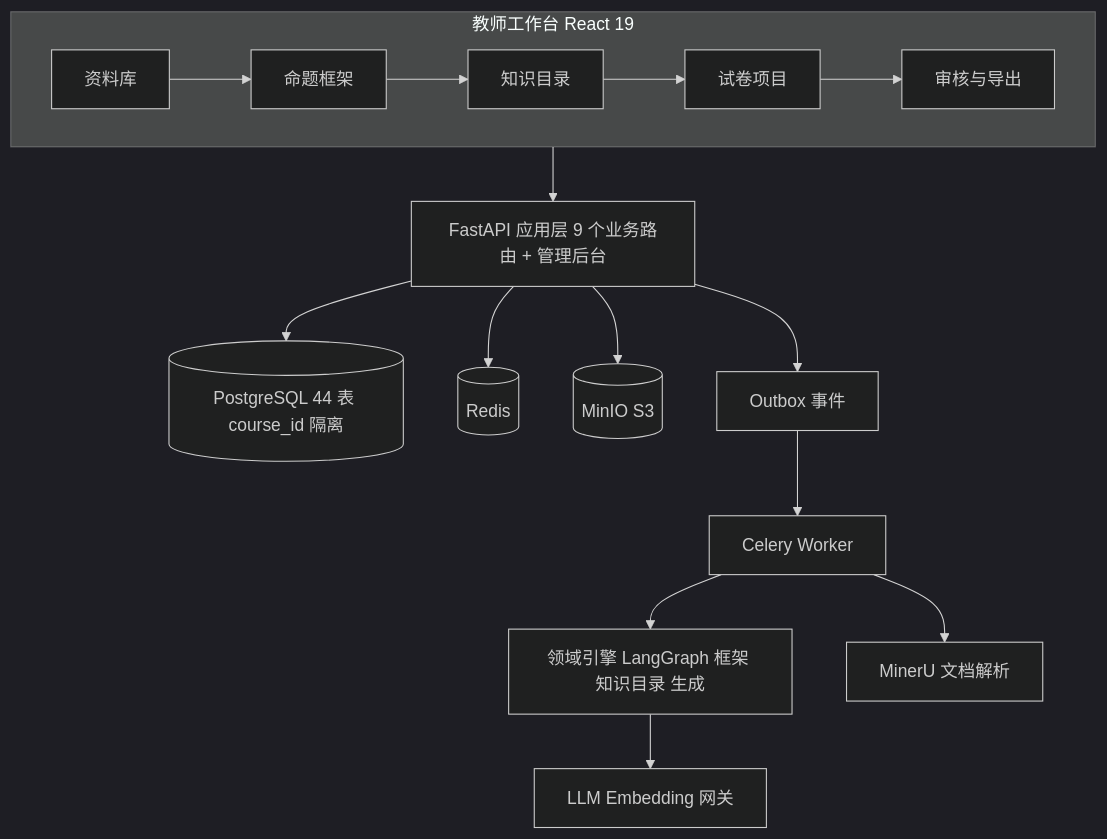
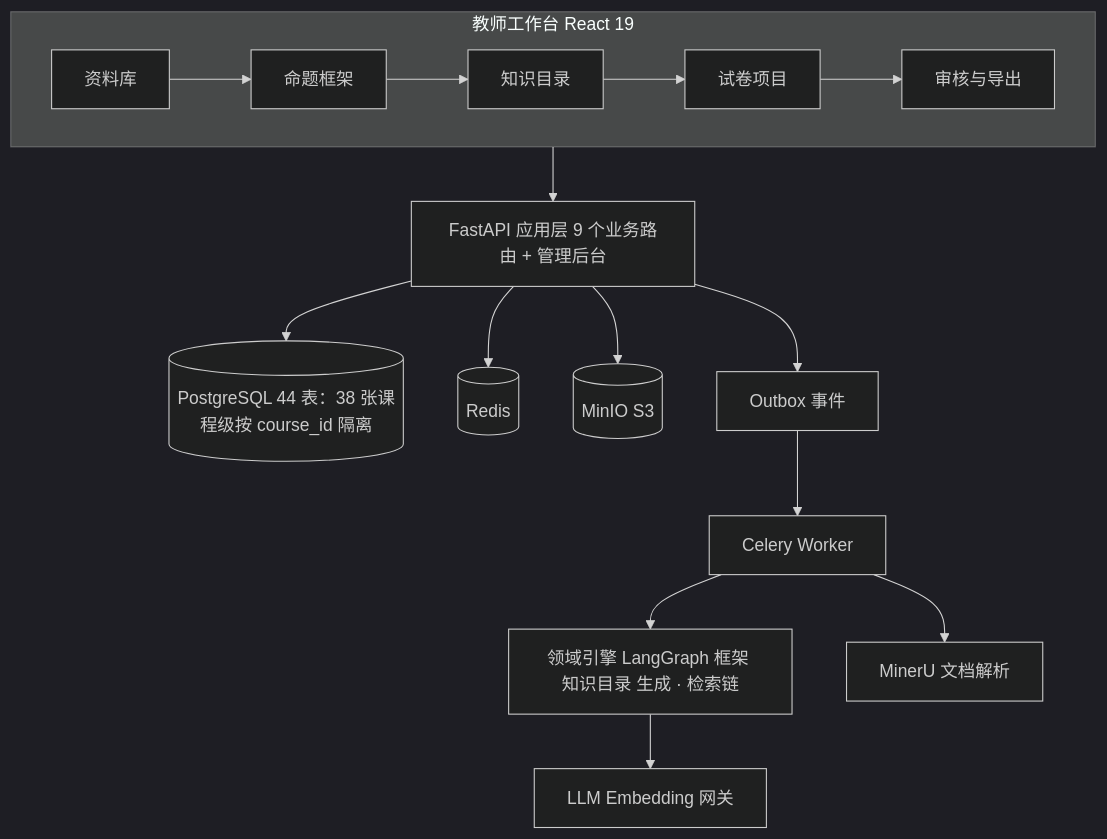
One commit to 875931932/Intelligent_test_paper changed the diagram in README.md. Above: the diagram before and after it, drawn with Mermaid (dark theme). The commit also changed other lines of this file and 28 other files, not shown here.

````diff
--- a/README.md
+++ b/README.md
@@ -97,18 +98,18 @@
 ```mermaid
 flowchart TB
   subgraph UI [教师工作台 React 19]
     A[资料库] --> B[命题框架] --> C[知识目录] --> D[试卷项目] --> E[审核与导出]
   end
 
   UI --> API[FastAPI 应用层 9 个业务路由 + 管理后台]
 
-  API --> PG[(PostgreSQL 44 表 course_id 隔离)]
+  API --> PG[(PostgreSQL 44 表：38 张课程级按 course_id 隔离)]
   API --> RD[(Redis)]
   API --> OS[(MinIO S3)]
   API --> OB[Outbox 事件]
 
   OB --> W[Celery Worker]
-  W --> G[领域引擎 LangGraph 框架 知识目录 生成]
+  W --> G[领域引擎 LangGraph 框架 知识目录 生成 · 检索链]
   G --> LLM[LLM Embedding 网关]
   W --> MU[MinerU 文档解析]
 ```
````
